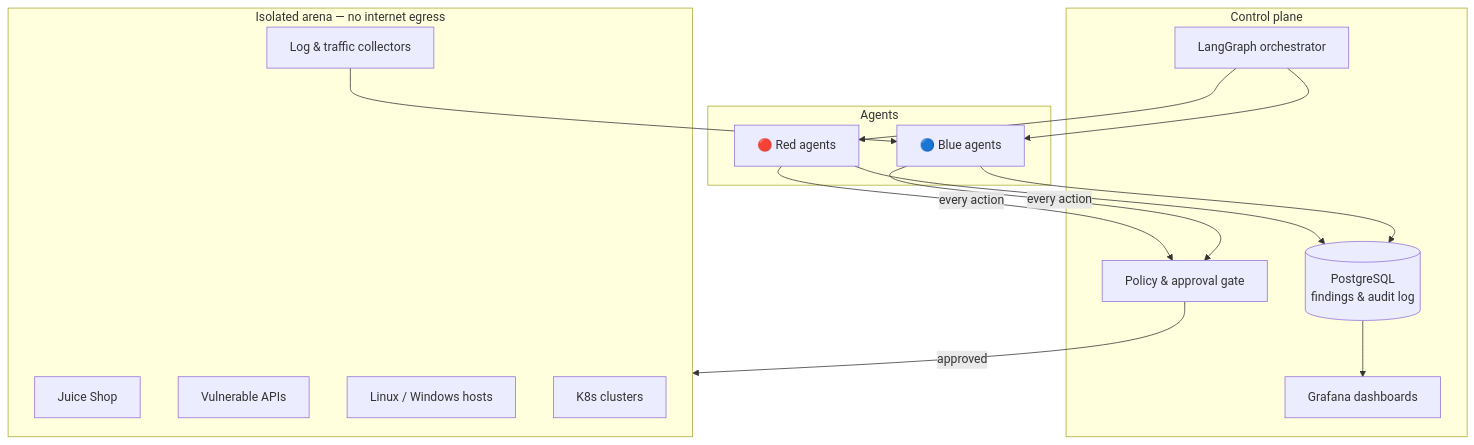
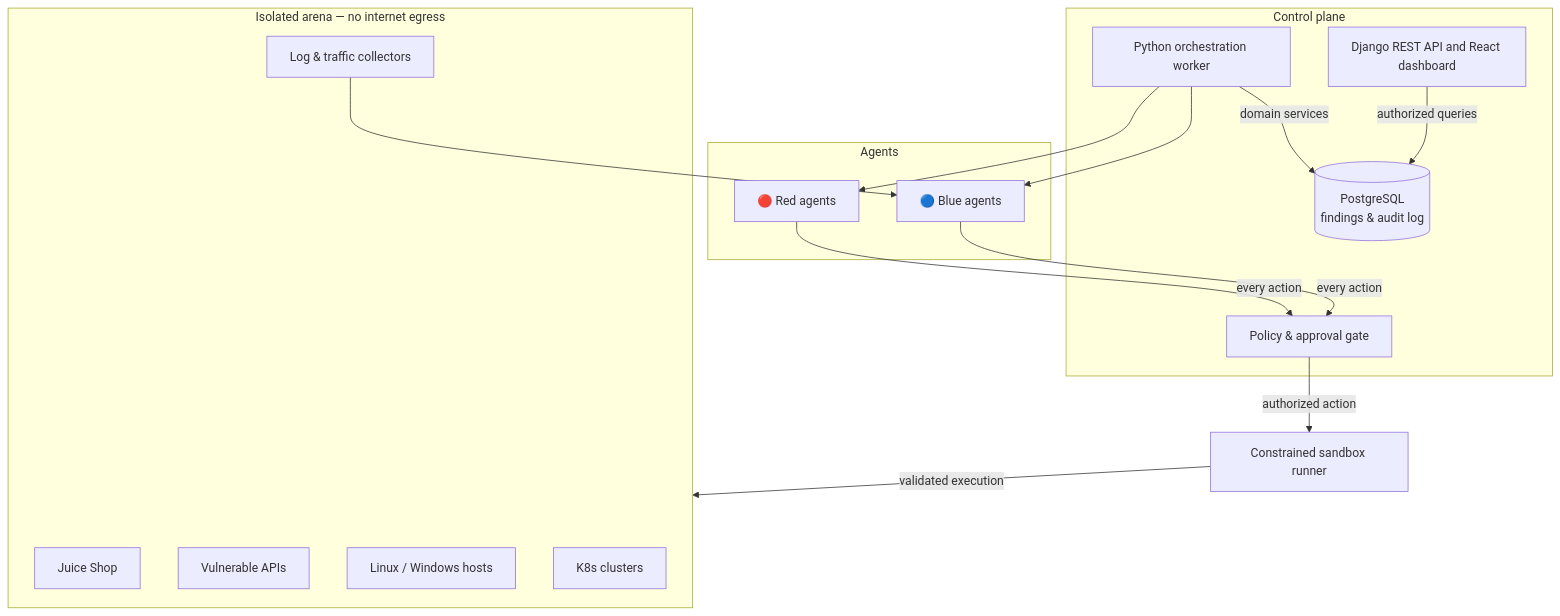
One commit to sasho500/Nullsite changed the second of 2 diagrams in README.md. Above: the diagram before and after it, drawn with Mermaid. The commit also changed other lines of this file and 2 other files, not shown here.

Commit message:
define initial architecture, security threat model, and update README

````diff
--- a/README.md
+++ b/README.md
@@ -78,30 +89,32 @@
 ```mermaid
 flowchart TB
     subgraph Control["Control plane"]
-        O[LangGraph orchestrator]
+        O[Python orchestration worker]
         P[Policy & approval gate]
         DB[(PostgreSQL<br/>findings & audit log)]
-        G[Grafana dashboards]
+        G[Django REST API and React dashboard]
     end
 
     subgraph Agents["Agents"]
         R[🔴 Red agents]
         BL[🔵 Blue agents]
     end
 
     subgraph Arena["Isolated arena — no internet egress"]
         T1[Juice Shop]
         T2[Vulnerable APIs]
         T3[Linux / Windows hosts]
         T4[K8s clusters]
         M[Log & traffic collectors]
     end
 
     O --> R & BL
     R -->|every action| P
     BL -->|every action| P
-    P -->|approved| Arena
+    X[Constrained sandbox runner]
+    P -->|authorized action| X
+    X -->|validated execution| Arena
     M --> BL
-    R & BL --> DB
-    DB --> G
+    O -->|domain services| DB
+    G -->|authorized queries| DB
 ```
````
